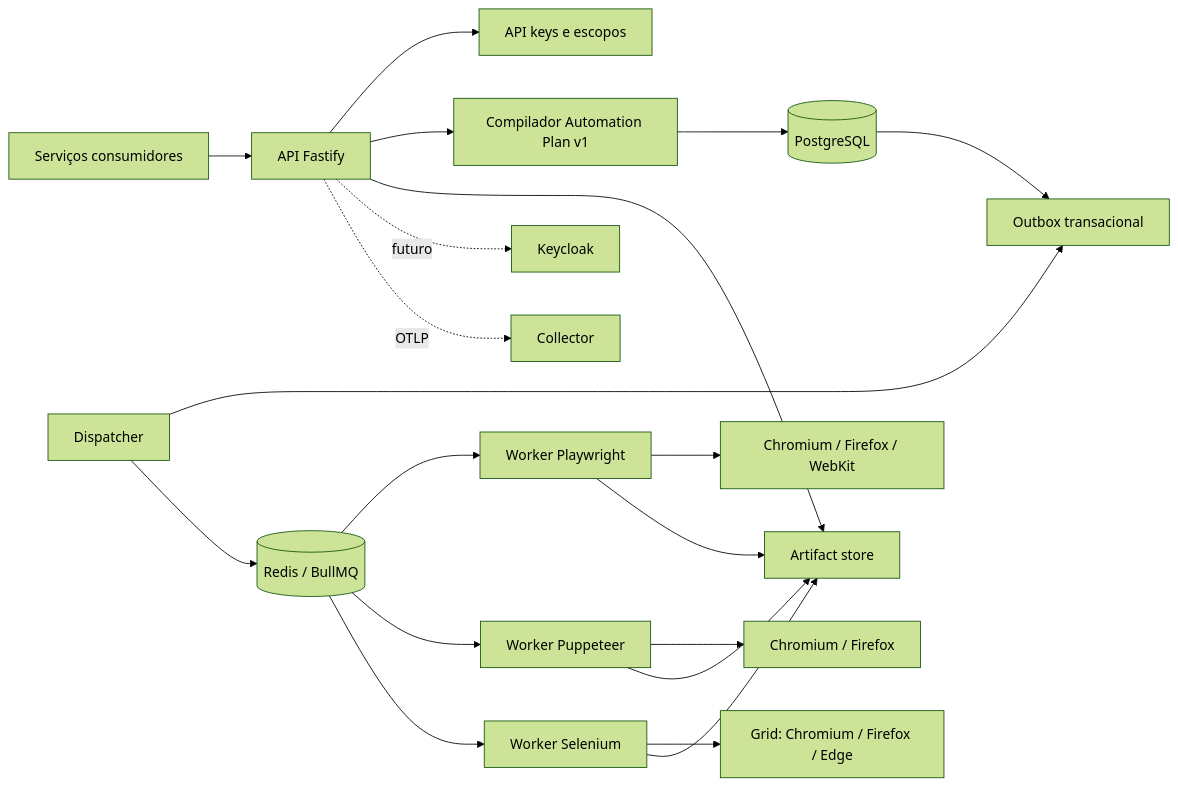
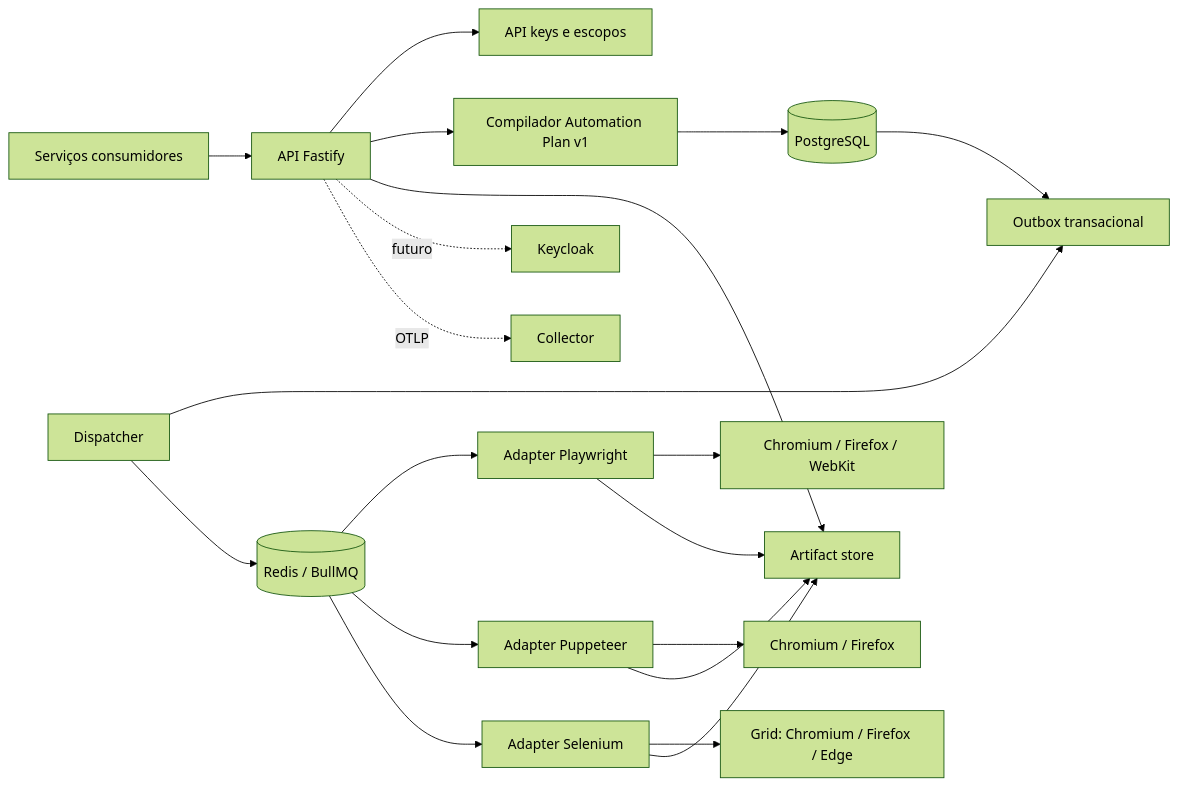
One commit to HenriqueBuzin/browser-automation-service changed the diagram in docs/architecture.md. Above: the diagram before and after it, drawn with Mermaid (forest theme). The commit also changed other lines of this file and 54 other files, not shown here.

````diff
--- a/docs/architecture.md
+++ b/docs/architecture.md
@@ -5,22 +5,22 @@
 ```mermaid
 flowchart LR
     C["Serviços consumidores"] --> API["API Fastify"]
     API --> AUTH["API keys e escopos"]
     API --> COMP["Compilador Automation Plan v1"]
     COMP --> PG[("PostgreSQL")]
     PG --> OUT["Outbox transacional"]
     DISP["Dispatcher"] --> OUT
     DISP --> REDIS[("Redis / BullMQ")]
-    REDIS --> WP["Worker Playwright"]
-    REDIS --> WPP["Worker Puppeteer"]
-    REDIS --> WS["Worker Selenium"]
+    REDIS --> WP["Adapter Playwright"]
+    REDIS --> WPP["Adapter Puppeteer"]
+    REDIS --> WS["Adapter Selenium"]
     WP --> B1["Chromium / Firefox / WebKit"]
     WPP --> B2["Chromium / Firefox"]
     WS --> GRID["Grid: Chromium / Firefox / Edge"]
     WP --> ART["Artifact store"]
     WPP --> ART
     WS --> ART
     API --> ART
     API -. "futuro" .-> KC["Keycloak"]
     API -. "OTLP" .-> OBS["Collector"]
 ```
````
